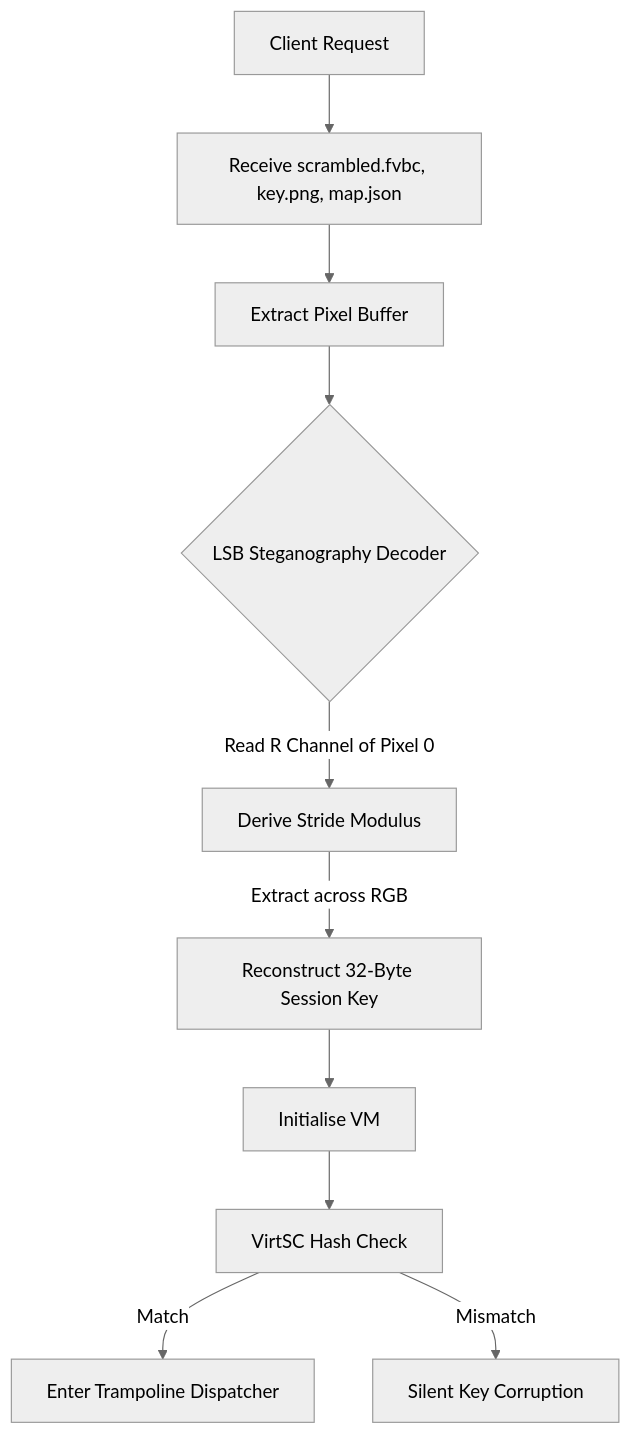
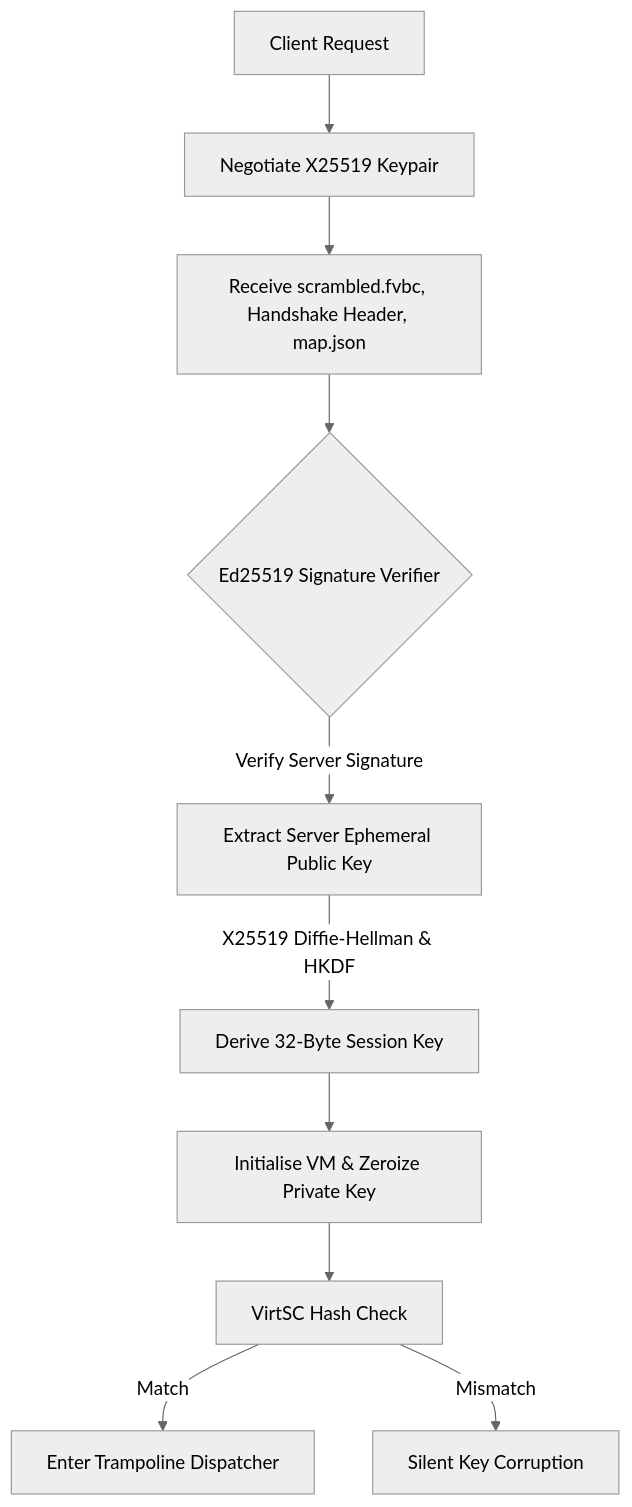
Before and after one commit to lkeld/fortress-wasm: the second of 5 diagrams in ARCHITECTURE.md, drawn with Mermaid (neutral theme). The commit also changed other lines of this file and 40 other files, not shown here.

Commit message:
security: replace LSB steganography with X25519 ECDH authenticated key exchange

````diff
--- a/ARCHITECTURE.md
+++ b/ARCHITECTURE.md
@@ -37,13 +37,13 @@
 ```mermaid
 graph TD
-    A[Client Request] --> B[Receive scrambled.fvbc, key.png, map.json]
-    B --> C[Extract Pixel Buffer]
-    C --> D{LSB Steganography Decoder}
-    D -->|Read R Channel of Pixel 0| E[Derive Stride Modulus]
-    E -->|Extract across RGB| F[Reconstruct 32-Byte Session Key]
+    A[Client Request] --> B[Negotiate X25519 Keypair]
+    B --> C[Receive scrambled.fvbc, Handshake Header, map.json]
+    C --> D{Ed25519 Signature Verifier}
+    D -->|Verify Server Signature| E[Extract Server Ephemeral Public Key]
+    E -->|X25519 Diffie-Hellman & HKDF| F[Derive 32-Byte Session Key]
     
-    F --> G[Initialise VM]
+    F --> G[Initialise VM & Zeroize Private Key]
     G --> H[VirtSC Hash Check]
     H -->|Match| I[Enter Trampoline Dispatcher]
     H -->|Mismatch| J[Silent Key Corruption]
 ```
````
